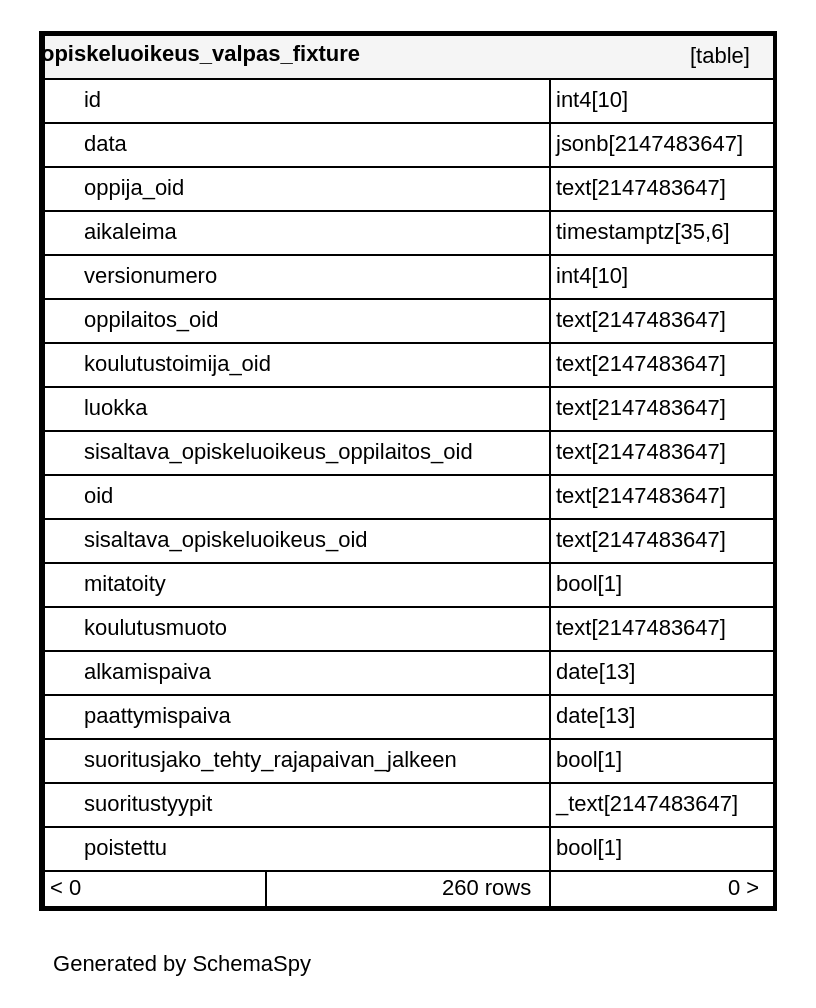
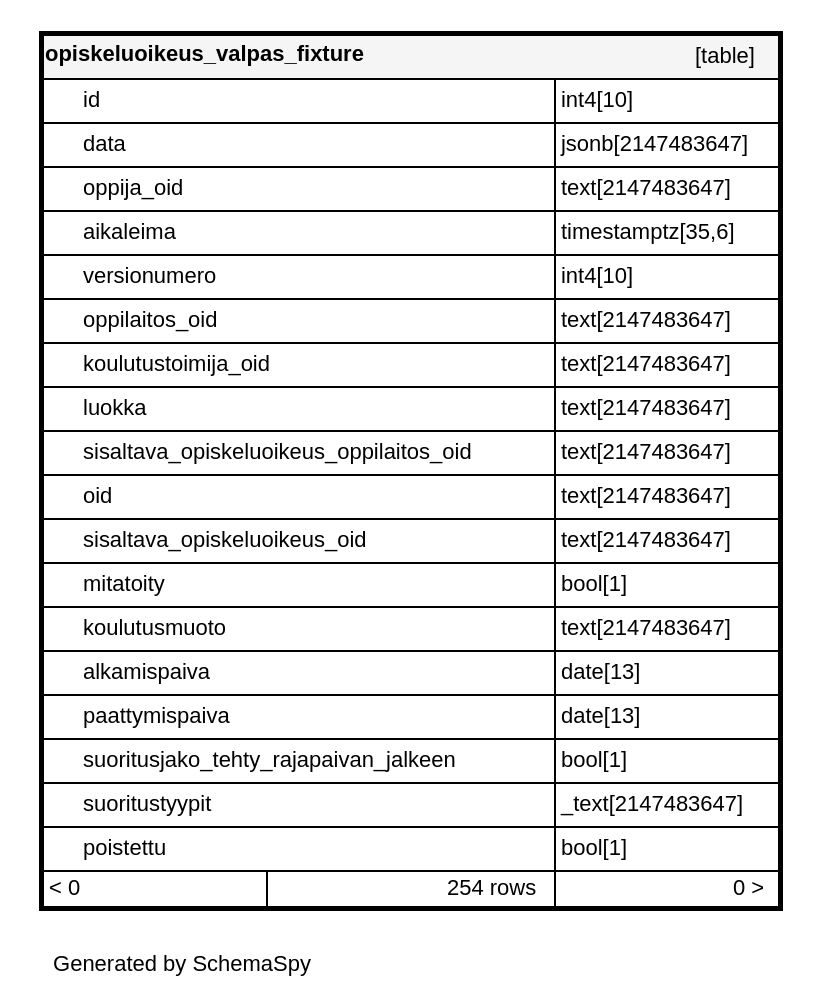
One commit to Opetushallitus/koski changed the diagram in documentation/tietokantaskeemat/koski/diagrams/tables/opiskeluoikeus_valpas_fixture.1degree.dot. Above: the diagram before and after it, drawn with Graphviz. The commit also changed 228 other files, not shown here.

```diff
--- a/documentation/tietokantaskeemat/koski/diagrams/tables/opiskeluoikeus_valpas_fixture.1degree.dot
+++ b/documentation/tietokantaskeemat/koski/diagrams/tables/opiskeluoikeus_valpas_fixture.1degree.dot
@@ -3,26 +3,26 @@
   "opiskeluoikeus_valpas_fixture" [
    label=<
     <TABLE BORDER="2" CELLBORDER="1" CELLSPACING="0" BGCOLOR="#ffffff">
-      <TR><TD COLSPAN="4"  BGCOLOR="#f5f5f5"><TABLE BORDER="0" CELLSPACING="0"><TR><TD ALIGN="LEFT" FIXEDSIZE="TRUE" WIDTH="174" HEIGHT="16"><B>opiskeluoikeus_valpas_fixture</B></TD><TD ALIGN="RIGHT">[table]</TD></TR></TABLE></TD></TR>
-      <TR><TD PORT="id" COLSPAN="2" ALIGN="LEFT"><TABLE BORDER="0" CELLSPACING="0" ALIGN="LEFT"><TR ALIGN="LEFT"><TD ALIGN="LEFT" FIXEDSIZE="TRUE" WIDTH="15" HEIGHT="16"></TD><TD ALIGN="LEFT" FIXEDSIZE="TRUE" WIDTH="232" HEIGHT="16">id</TD></TR></TABLE></TD><TD PORT="id.type" ALIGN="LEFT">int4[10]</TD></TR>
-      <TR><TD PORT="data" COLSPAN="2" ALIGN="LEFT"><TABLE BORDER="0" CELLSPACING="0" ALIGN="LEFT"><TR ALIGN="LEFT"><TD ALIGN="LEFT" FIXEDSIZE="TRUE" WIDTH="15" HEIGHT="16"></TD><TD ALIGN="LEFT" FIXEDSIZE="TRUE" WIDTH="232" HEIGHT="16">data</TD></TR></TABLE></TD><TD PORT="data.type" ALIGN="LEFT">jsonb[2147483647]</TD></TR>
-      <TR><TD PORT="oppija_oid" COLSPAN="2" ALIGN="LEFT"><TABLE BORDER="0" CELLSPACING="0" ALIGN="LEFT"><TR ALIGN="LEFT"><TD ALIGN="LEFT" FIXEDSIZE="TRUE" WIDTH="15" HEIGHT="16"></TD><TD ALIGN="LEFT" FIXEDSIZE="TRUE" WIDTH="232" HEIGHT="16">oppija_oid</TD></TR></TABLE></TD><TD PORT="oppija_oid.type" ALIGN="LEFT">text[2147483647]</TD></TR>
-      <TR><TD PORT="aikaleima" COLSPAN="2" ALIGN="LEFT"><TABLE BORDER="0" CELLSPACING="0" ALIGN="LEFT"><TR ALIGN="LEFT"><TD ALIGN="LEFT" FIXEDSIZE="TRUE" WIDTH="15" HEIGHT="16"></TD><TD ALIGN="LEFT" FIXEDSIZE="TRUE" WIDTH="232" HEIGHT="16">aikaleima</TD></TR></TABLE></TD><TD PORT="aikaleima.type" ALIGN="LEFT">timestamptz[35,6]</TD></TR>
-      <TR><TD PORT="versionumero" COLSPAN="2" ALIGN="LEFT"><TABLE BORDER="0" CELLSPACING="0" ALIGN="LEFT"><TR ALIGN="LEFT"><TD ALIGN="LEFT" FIXEDSIZE="TRUE" WIDTH="15" HEIGHT="16"></TD><TD ALIGN="LEFT" FIXEDSIZE="TRUE" WIDTH="232" HEIGHT="16">versionumero</TD></TR></TABLE></TD><TD PORT="versionumero.type" ALIGN="LEFT">int4[10]</TD></TR>
-      <TR><TD PORT="oppilaitos_oid" COLSPAN="2" ALIGN="LEFT"><TABLE BORDER="0" CELLSPACING="0" ALIGN="LEFT"><TR ALIGN="LEFT"><TD ALIGN="LEFT" FIXEDSIZE="TRUE" WIDTH="15" HEIGHT="16"></TD><TD ALIGN="LEFT" FIXEDSIZE="TRUE" WIDTH="232" HEIGHT="16">oppilaitos_oid</TD></TR></TABLE></TD><TD PORT="oppilaitos_oid.type" ALIGN="LEFT">text[2147483647]</TD></TR>
-      <TR><TD PORT="koulutustoimija_oid" COLSPAN="2" ALIGN="LEFT"><TABLE BORDER="0" CELLSPACING="0" ALIGN="LEFT"><TR ALIGN="LEFT"><TD ALIGN="LEFT" FIXEDSIZE="TRUE" WIDTH="15" HEIGHT="16"></TD><TD ALIGN="LEFT" FIXEDSIZE="TRUE" WIDTH="232" HEIGHT="16">koulutustoimija_oid</TD></TR></TABLE></TD><TD PORT="koulutustoimija_oid.type" ALIGN="LEFT">text[2147483647]</TD></TR>
-      <TR><TD PORT="luokka" COLSPAN="2" ALIGN="LEFT"><TABLE BORDER="0" CELLSPACING="0" ALIGN="LEFT"><TR ALIGN="LEFT"><TD ALIGN="LEFT" FIXEDSIZE="TRUE" WIDTH="15" HEIGHT="16"></TD><TD ALIGN="LEFT" FIXEDSIZE="TRUE" WIDTH="232" HEIGHT="16">luokka</TD></TR></TABLE></TD><TD PORT="luokka.type" ALIGN="LEFT">text[2147483647]</TD></TR>
-      <TR><TD PORT="sisaltava_opiskeluoikeus_oppilaitos_oid" COLSPAN="2" ALIGN="LEFT"><TABLE BORDER="0" CELLSPACING="0" ALIGN="LEFT"><TR ALIGN="LEFT"><TD ALIGN="LEFT" FIXEDSIZE="TRUE" WIDTH="15" HEIGHT="16"></TD><TD ALIGN="LEFT" FIXEDSIZE="TRUE" WIDTH="232" HEIGHT="16">sisaltava_opiskeluoikeus_oppilaitos_oid</TD></TR></TABLE></TD><TD PORT="sisaltava_opiskeluoikeus_oppilaitos_oid.type" ALIGN="LEFT">text[2147483647]</TD></TR>
-      <TR><TD PORT="oid" COLSPAN="2" ALIGN="LEFT"><TABLE BORDER="0" CELLSPACING="0" ALIGN="LEFT"><TR ALIGN="LEFT"><TD ALIGN="LEFT" FIXEDSIZE="TRUE" WIDTH="15" HEIGHT="16"></TD><TD ALIGN="LEFT" FIXEDSIZE="TRUE" WIDTH="232" HEIGHT="16">oid</TD></TR></TABLE></TD><TD PORT="oid.type" ALIGN="LEFT">text[2147483647]</TD></TR>
-      <TR><TD PORT="sisaltava_opiskeluoikeus_oid" COLSPAN="2" ALIGN="LEFT"><TABLE BORDER="0" CELLSPACING="0" ALIGN="LEFT"><TR ALIGN="LEFT"><TD ALIGN="LEFT" FIXEDSIZE="TRUE" WIDTH="15" HEIGHT="16"></TD><TD ALIGN="LEFT" FIXEDSIZE="TRUE" WIDTH="232" HEIGHT="16">sisaltava_opiskeluoikeus_oid</TD></TR></TABLE></TD><TD PORT="sisaltava_opiskeluoikeus_oid.type" ALIGN="LEFT">text[2147483647]</TD></TR>
-      <TR><TD PORT="mitatoity" COLSPAN="2" ALIGN="LEFT"><TABLE BORDER="0" CELLSPACING="0" ALIGN="LEFT"><TR ALIGN="LEFT"><TD ALIGN="LEFT" FIXEDSIZE="TRUE" WIDTH="15" HEIGHT="16"></TD><TD ALIGN="LEFT" FIXEDSIZE="TRUE" WIDTH="232" HEIGHT="16">mitatoity</TD></TR></TABLE></TD><TD PORT="mitatoity.type" ALIGN="LEFT">bool[1]</TD></TR>
-      <TR><TD PORT="koulutusmuoto" COLSPAN="2" ALIGN="LEFT"><TABLE BORDER="0" CELLSPACING="0" ALIGN="LEFT"><TR ALIGN="LEFT"><TD ALIGN="LEFT" FIXEDSIZE="TRUE" WIDTH="15" HEIGHT="16"></TD><TD ALIGN="LEFT" FIXEDSIZE="TRUE" WIDTH="232" HEIGHT="16">koulutusmuoto</TD></TR></TABLE></TD><TD PORT="koulutusmuoto.type" ALIGN="LEFT">text[2147483647]</TD></TR>
-      <TR><TD PORT="alkamispaiva" COLSPAN="2" ALIGN="LEFT"><TABLE BORDER="0" CELLSPACING="0" ALIGN="LEFT"><TR ALIGN="LEFT"><TD ALIGN="LEFT" FIXEDSIZE="TRUE" WIDTH="15" HEIGHT="16"></TD><TD ALIGN="LEFT" FIXEDSIZE="TRUE" WIDTH="232" HEIGHT="16">alkamispaiva</TD></TR></TABLE></TD><TD PORT="alkamispaiva.type" ALIGN="LEFT">date[13]</TD></TR>
-      <TR><TD PORT="paattymispaiva" COLSPAN="2" ALIGN="LEFT"><TABLE BORDER="0" CELLSPACING="0" ALIGN="LEFT"><TR ALIGN="LEFT"><TD ALIGN="LEFT" FIXEDSIZE="TRUE" WIDTH="15" HEIGHT="16"></TD><TD ALIGN="LEFT" FIXEDSIZE="TRUE" WIDTH="232" HEIGHT="16">paattymispaiva</TD></TR></TABLE></TD><TD PORT="paattymispaiva.type" ALIGN="LEFT">date[13]</TD></TR>
-      <TR><TD PORT="suoritusjako_tehty_rajapaivan_jalkeen" COLSPAN="2" ALIGN="LEFT"><TABLE BORDER="0" CELLSPACING="0" ALIGN="LEFT"><TR ALIGN="LEFT"><TD ALIGN="LEFT" FIXEDSIZE="TRUE" WIDTH="15" HEIGHT="16"></TD><TD ALIGN="LEFT" FIXEDSIZE="TRUE" WIDTH="232" HEIGHT="16">suoritusjako_tehty_rajapaivan_jalkeen</TD></TR></TABLE></TD><TD PORT="suoritusjako_tehty_rajapaivan_jalkeen.type" ALIGN="LEFT">bool[1]</TD></TR>
-      <TR><TD PORT="suoritustyypit" COLSPAN="2" ALIGN="LEFT"><TABLE BORDER="0" CELLSPACING="0" ALIGN="LEFT"><TR ALIGN="LEFT"><TD ALIGN="LEFT" FIXEDSIZE="TRUE" WIDTH="15" HEIGHT="16"></TD><TD ALIGN="LEFT" FIXEDSIZE="TRUE" WIDTH="232" HEIGHT="16">suoritustyypit</TD></TR></TABLE></TD><TD PORT="suoritustyypit.type" ALIGN="LEFT">_text[2147483647]</TD></TR>
-      <TR><TD PORT="poistettu" COLSPAN="2" ALIGN="LEFT"><TABLE BORDER="0" CELLSPACING="0" ALIGN="LEFT"><TR ALIGN="LEFT"><TD ALIGN="LEFT" FIXEDSIZE="TRUE" WIDTH="15" HEIGHT="16"></TD><TD ALIGN="LEFT" FIXEDSIZE="TRUE" WIDTH="232" HEIGHT="16">poistettu</TD></TR></TABLE></TD><TD PORT="poistettu.type" ALIGN="LEFT">bool[1]</TD></TR>
-      <TR><TD ALIGN="LEFT" BGCOLOR="#ffffff">&lt; 0</TD><TD ALIGN="RIGHT" BGCOLOR="#ffffff">260 rows</TD><TD ALIGN="RIGHT" BGCOLOR="#ffffff">0 &gt;</TD></TR>
+      <TR><TD COLSPAN="4"  BGCOLOR="#f5f5f5"><TABLE BORDER="0" CELLSPACING="0"><TR><TD ALIGN="LEFT" FIXEDSIZE="TRUE" WIDTH="179" HEIGHT="16"><B>opiskeluoikeus_valpas_fixture</B></TD><TD ALIGN="RIGHT">[table]</TD></TR></TABLE></TD></TR>
+      <TR><TD PORT="id" COLSPAN="2" ALIGN="LEFT"><TABLE BORDER="0" CELLSPACING="0" ALIGN="LEFT"><TR ALIGN="LEFT"><TD ALIGN="LEFT" FIXEDSIZE="TRUE" WIDTH="15" HEIGHT="16"></TD><TD ALIGN="LEFT" FIXEDSIZE="TRUE" WIDTH="235" HEIGHT="16">id</TD></TR></TABLE></TD><TD PORT="id.type" ALIGN="LEFT">int4[10]</TD></TR>
+      <TR><TD PORT="data" COLSPAN="2" ALIGN="LEFT"><TABLE BORDER="0" CELLSPACING="0" ALIGN="LEFT"><TR ALIGN="LEFT"><TD ALIGN="LEFT" FIXEDSIZE="TRUE" WIDTH="15" HEIGHT="16"></TD><TD ALIGN="LEFT" FIXEDSIZE="TRUE" WIDTH="235" HEIGHT="16">data</TD></TR></TABLE></TD><TD PORT="data.type" ALIGN="LEFT">jsonb[2147483647]</TD></TR>
+      <TR><TD PORT="oppija_oid" COLSPAN="2" ALIGN="LEFT"><TABLE BORDER="0" CELLSPACING="0" ALIGN="LEFT"><TR ALIGN="LEFT"><TD ALIGN="LEFT" FIXEDSIZE="TRUE" WIDTH="15" HEIGHT="16"></TD><TD ALIGN="LEFT" FIXEDSIZE="TRUE" WIDTH="235" HEIGHT="16">oppija_oid</TD></TR></TABLE></TD><TD PORT="oppija_oid.type" ALIGN="LEFT">text[2147483647]</TD></TR>
+      <TR><TD PORT="aikaleima" COLSPAN="2" ALIGN="LEFT"><TABLE BORDER="0" CELLSPACING="0" ALIGN="LEFT"><TR ALIGN="LEFT"><TD ALIGN="LEFT" FIXEDSIZE="TRUE" WIDTH="15" HEIGHT="16"></TD><TD ALIGN="LEFT" FIXEDSIZE="TRUE" WIDTH="235" HEIGHT="16">aikaleima</TD></TR></TABLE></TD><TD PORT="aikaleima.type" ALIGN="LEFT">timestamptz[35,6]</TD></TR>
+      <TR><TD PORT="versionumero" COLSPAN="2" ALIGN="LEFT"><TABLE BORDER="0" CELLSPACING="0" ALIGN="LEFT"><TR ALIGN="LEFT"><TD ALIGN="LEFT" FIXEDSIZE="TRUE" WIDTH="15" HEIGHT="16"></TD><TD ALIGN="LEFT" FIXEDSIZE="TRUE" WIDTH="235" HEIGHT="16">versionumero</TD></TR></TABLE></TD><TD PORT="versionumero.type" ALIGN="LEFT">int4[10]</TD></TR>
+      <TR><TD PORT="oppilaitos_oid" COLSPAN="2" ALIGN="LEFT"><TABLE BORDER="0" CELLSPACING="0" ALIGN="LEFT"><TR ALIGN="LEFT"><TD ALIGN="LEFT" FIXEDSIZE="TRUE" WIDTH="15" HEIGHT="16"></TD><TD ALIGN="LEFT" FIXEDSIZE="TRUE" WIDTH="235" HEIGHT="16">oppilaitos_oid</TD></TR></TABLE></TD><TD PORT="oppilaitos_oid.type" ALIGN="LEFT">text[2147483647]</TD></TR>
+      <TR><TD PORT="koulutustoimija_oid" COLSPAN="2" ALIGN="LEFT"><TABLE BORDER="0" CELLSPACING="0" ALIGN="LEFT"><TR ALIGN="LEFT"><TD ALIGN="LEFT" FIXEDSIZE="TRUE" WIDTH="15" HEIGHT="16"></TD><TD ALIGN="LEFT" FIXEDSIZE="TRUE" WIDTH="235" HEIGHT="16">koulutustoimija_oid</TD></TR></TABLE></TD><TD PORT="koulutustoimija_oid.type" ALIGN="LEFT">text[2147483647]</TD></TR>
+      <TR><TD PORT="luokka" COLSPAN="2" ALIGN="LEFT"><TABLE BORDER="0" CELLSPACING="0" ALIGN="LEFT"><TR ALIGN="LEFT"><TD ALIGN="LEFT" FIXEDSIZE="TRUE" WIDTH="15" HEIGHT="16"></TD><TD ALIGN="LEFT" FIXEDSIZE="TRUE" WIDTH="235" HEIGHT="16">luokka</TD></TR></TABLE></TD><TD PORT="luokka.type" ALIGN="LEFT">text[2147483647]</TD></TR>
+      <TR><TD PORT="sisaltava_opiskeluoikeus_oppilaitos_oid" COLSPAN="2" ALIGN="LEFT"><TABLE BORDER="0" CELLSPACING="0" ALIGN="LEFT"><TR ALIGN="LEFT"><TD ALIGN="LEFT" FIXEDSIZE="TRUE" WIDTH="15" HEIGHT="16"></TD><TD ALIGN="LEFT" FIXEDSIZE="TRUE" WIDTH="235" HEIGHT="16">sisaltava_opiskeluoikeus_oppilaitos_oid</TD></TR></TABLE></TD><TD PORT="sisaltava_opiskeluoikeus_oppilaitos_oid.type" ALIGN="LEFT">text[2147483647]</TD></TR>
+      <TR><TD PORT="oid" COLSPAN="2" ALIGN="LEFT"><TABLE BORDER="0" CELLSPACING="0" ALIGN="LEFT"><TR ALIGN="LEFT"><TD ALIGN="LEFT" FIXEDSIZE="TRUE" WIDTH="15" HEIGHT="16"></TD><TD ALIGN="LEFT" FIXEDSIZE="TRUE" WIDTH="235" HEIGHT="16">oid</TD></TR></TABLE></TD><TD PORT="oid.type" ALIGN="LEFT">text[2147483647]</TD></TR>
+      <TR><TD PORT="sisaltava_opiskeluoikeus_oid" COLSPAN="2" ALIGN="LEFT"><TABLE BORDER="0" CELLSPACING="0" ALIGN="LEFT"><TR ALIGN="LEFT"><TD ALIGN="LEFT" FIXEDSIZE="TRUE" WIDTH="15" HEIGHT="16"></TD><TD ALIGN="LEFT" FIXEDSIZE="TRUE" WIDTH="235" HEIGHT="16">sisaltava_opiskeluoikeus_oid</TD></TR></TABLE></TD><TD PORT="sisaltava_opiskeluoikeus_oid.type" ALIGN="LEFT">text[2147483647]</TD></TR>
+      <TR><TD PORT="mitatoity" COLSPAN="2" ALIGN="LEFT"><TABLE BORDER="0" CELLSPACING="0" ALIGN="LEFT"><TR ALIGN="LEFT"><TD ALIGN="LEFT" FIXEDSIZE="TRUE" WIDTH="15" HEIGHT="16"></TD><TD ALIGN="LEFT" FIXEDSIZE="TRUE" WIDTH="235" HEIGHT="16">mitatoity</TD></TR></TABLE></TD><TD PORT="mitatoity.type" ALIGN="LEFT">bool[1]</TD></TR>
+      <TR><TD PORT="koulutusmuoto" COLSPAN="2" ALIGN="LEFT"><TABLE BORDER="0" CELLSPACING="0" ALIGN="LEFT"><TR ALIGN="LEFT"><TD ALIGN="LEFT" FIXEDSIZE="TRUE" WIDTH="15" HEIGHT="16"></TD><TD ALIGN="LEFT" FIXEDSIZE="TRUE" WIDTH="235" HEIGHT="16">koulutusmuoto</TD></TR></TABLE></TD><TD PORT="koulutusmuoto.type" ALIGN="LEFT">text[2147483647]</TD></TR>
+      <TR><TD PORT="alkamispaiva" COLSPAN="2" ALIGN="LEFT"><TABLE BORDER="0" CELLSPACING="0" ALIGN="LEFT"><TR ALIGN="LEFT"><TD ALIGN="LEFT" FIXEDSIZE="TRUE" WIDTH="15" HEIGHT="16"></TD><TD ALIGN="LEFT" FIXEDSIZE="TRUE" WIDTH="235" HEIGHT="16">alkamispaiva</TD></TR></TABLE></TD><TD PORT="alkamispaiva.type" ALIGN="LEFT">date[13]</TD></TR>
+      <TR><TD PORT="paattymispaiva" COLSPAN="2" ALIGN="LEFT"><TABLE BORDER="0" CELLSPACING="0" ALIGN="LEFT"><TR ALIGN="LEFT"><TD ALIGN="LEFT" FIXEDSIZE="TRUE" WIDTH="15" HEIGHT="16"></TD><TD ALIGN="LEFT" FIXEDSIZE="TRUE" WIDTH="235" HEIGHT="16">paattymispaiva</TD></TR></TABLE></TD><TD PORT="paattymispaiva.type" ALIGN="LEFT">date[13]</TD></TR>
+      <TR><TD PORT="suoritusjako_tehty_rajapaivan_jalkeen" COLSPAN="2" ALIGN="LEFT"><TABLE BORDER="0" CELLSPACING="0" ALIGN="LEFT"><TR ALIGN="LEFT"><TD ALIGN="LEFT" FIXEDSIZE="TRUE" WIDTH="15" HEIGHT="16"></TD><TD ALIGN="LEFT" FIXEDSIZE="TRUE" WIDTH="235" HEIGHT="16">suoritusjako_tehty_rajapaivan_jalkeen</TD></TR></TABLE></TD><TD PORT="suoritusjako_tehty_rajapaivan_jalkeen.type" ALIGN="LEFT">bool[1]</TD></TR>
+      <TR><TD PORT="suoritustyypit" COLSPAN="2" ALIGN="LEFT"><TABLE BORDER="0" CELLSPACING="0" ALIGN="LEFT"><TR ALIGN="LEFT"><TD ALIGN="LEFT" FIXEDSIZE="TRUE" WIDTH="15" HEIGHT="16"></TD><TD ALIGN="LEFT" FIXEDSIZE="TRUE" WIDTH="235" HEIGHT="16">suoritustyypit</TD></TR></TABLE></TD><TD PORT="suoritustyypit.type" ALIGN="LEFT">_text[2147483647]</TD></TR>
+      <TR><TD PORT="poistettu" COLSPAN="2" ALIGN="LEFT"><TABLE BORDER="0" CELLSPACING="0" ALIGN="LEFT"><TR ALIGN="LEFT"><TD ALIGN="LEFT" FIXEDSIZE="TRUE" WIDTH="15" HEIGHT="16"></TD><TD ALIGN="LEFT" FIXEDSIZE="TRUE" WIDTH="235" HEIGHT="16">poistettu</TD></TR></TABLE></TD><TD PORT="poistettu.type" ALIGN="LEFT">bool[1]</TD></TR>
+      <TR><TD ALIGN="LEFT" BGCOLOR="#ffffff">&lt; 0</TD><TD ALIGN="RIGHT" BGCOLOR="#ffffff">254 rows</TD><TD ALIGN="RIGHT" BGCOLOR="#ffffff">0 &gt;</TD></TR>
     </TABLE>>
     URL="../../tables/opiskeluoikeus_valpas_fixture.html"
     target="_top"
```
